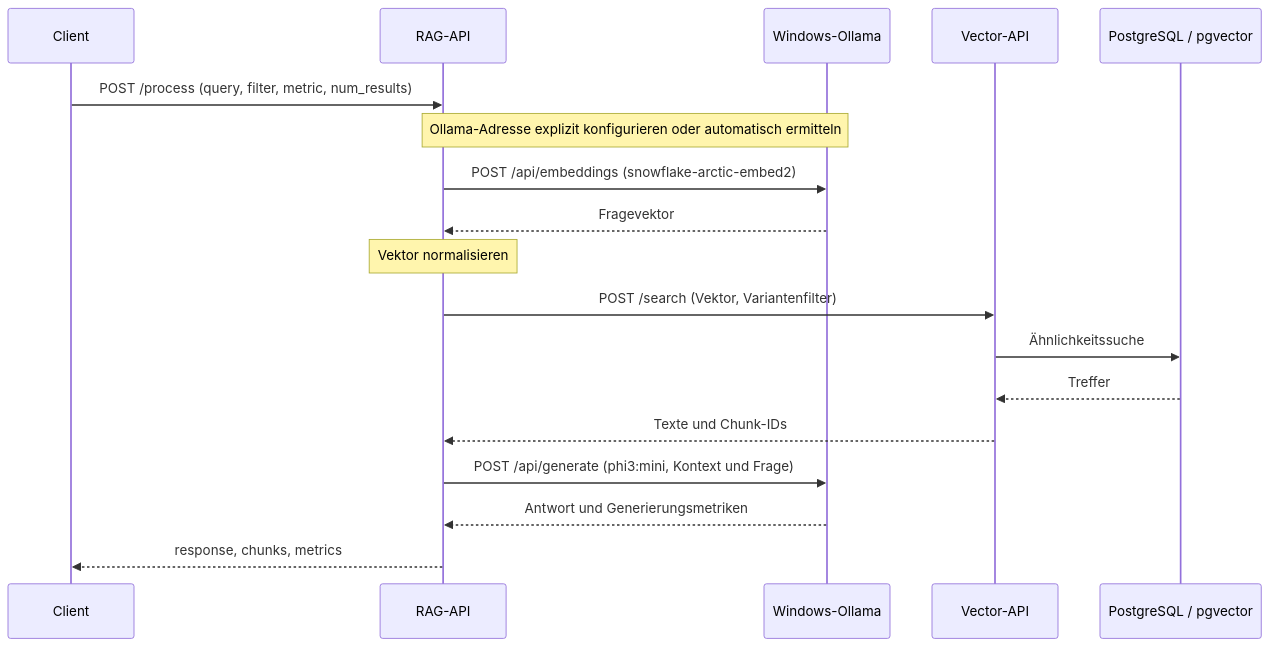
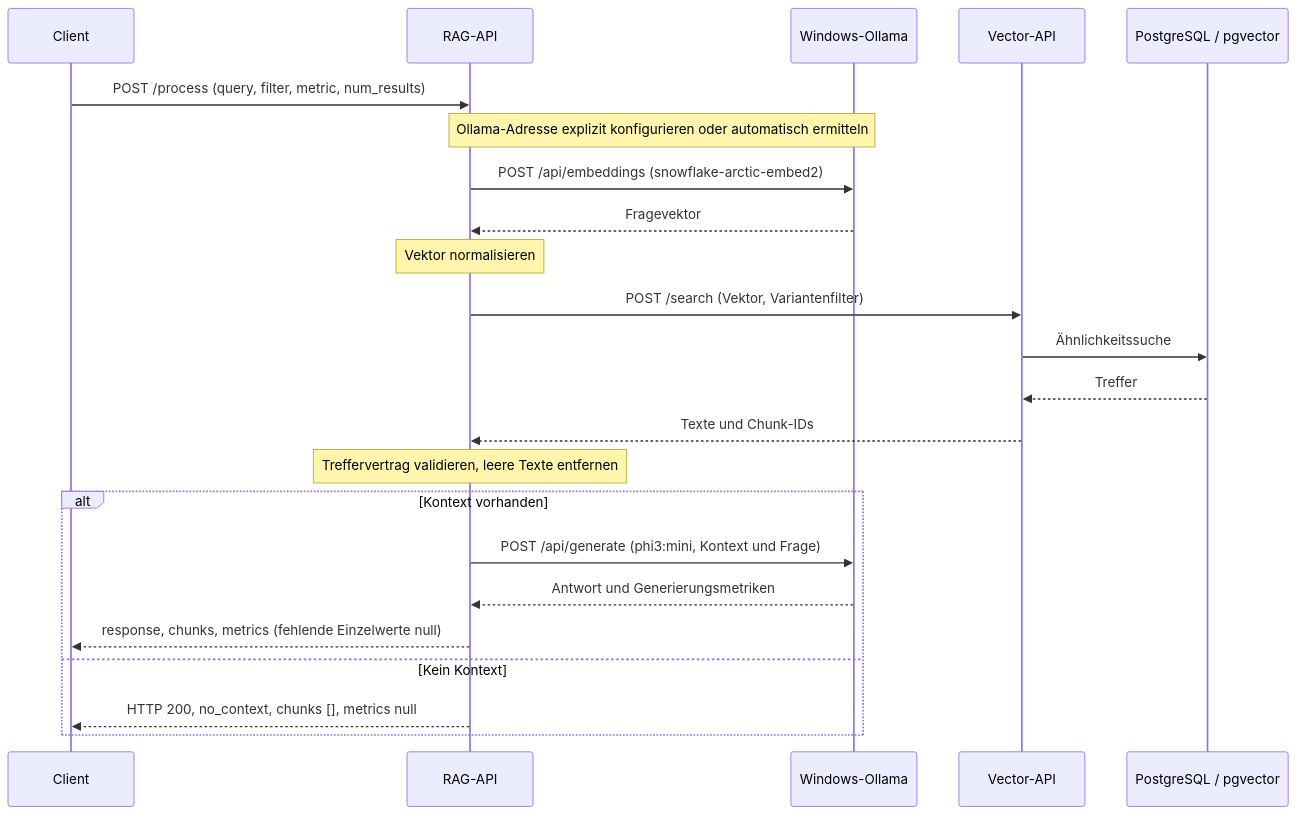
Before and after one commit to WolfgangNiebuhr/roemerrag: the first of 2 diagrams in docs/6-laufzeitsicht.md, drawn with Mermaid. The commit also changed other lines of this file and 6 other files, not shown here.

````diff
--- a/docs/6-laufzeitsicht.md
+++ b/docs/6-laufzeitsicht.md
@@ -7,20 +7,25 @@
 ```mermaid
 sequenceDiagram
     participant Client
     participant RAG as RAG-API
     participant Ollama as Windows-Ollama
     participant Vector as Vector-API
     participant DB as PostgreSQL / pgvector
     Client->>RAG: POST /process (query, filter, metric, num_results)
     Note over RAG,Ollama: Ollama-Adresse explizit konfigurieren oder automatisch ermitteln
     RAG->>Ollama: POST /api/embeddings (snowflake-arctic-embed2)
     Ollama-->>RAG: Fragevektor
     Note over RAG: Vektor normalisieren
     RAG->>Vector: POST /search (Vektor, Variantenfilter)
     Vector->>DB: Ähnlichkeitssuche
     DB-->>Vector: Treffer
     Vector-->>RAG: Texte und Chunk-IDs
-    RAG->>Ollama: POST /api/generate (phi3:mini, Kontext und Frage)
-    Ollama-->>RAG: Antwort und Generierungsmetriken
-    RAG-->>Client: response, chunks, metrics
+    Note over RAG: Treffervertrag validieren, leere Texte entfernen
+    alt Kontext vorhanden
+        RAG->>Ollama: POST /api/generate (phi3:mini, Kontext und Frage)
+        Ollama-->>RAG: Antwort und Generierungsmetriken
+        RAG-->>Client: response, chunks, metrics (fehlende Einzelwerte null)
+    else Kein Kontext
+        RAG-->>Client: HTTP 200, no_context, chunks [], metrics null
+    end
 ```
````
